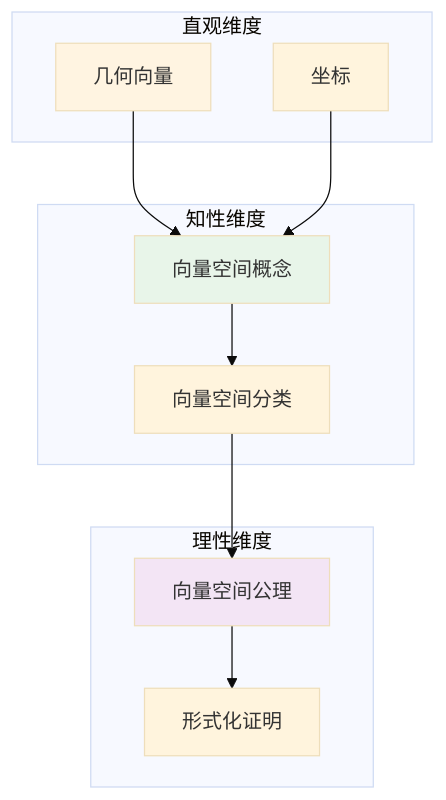
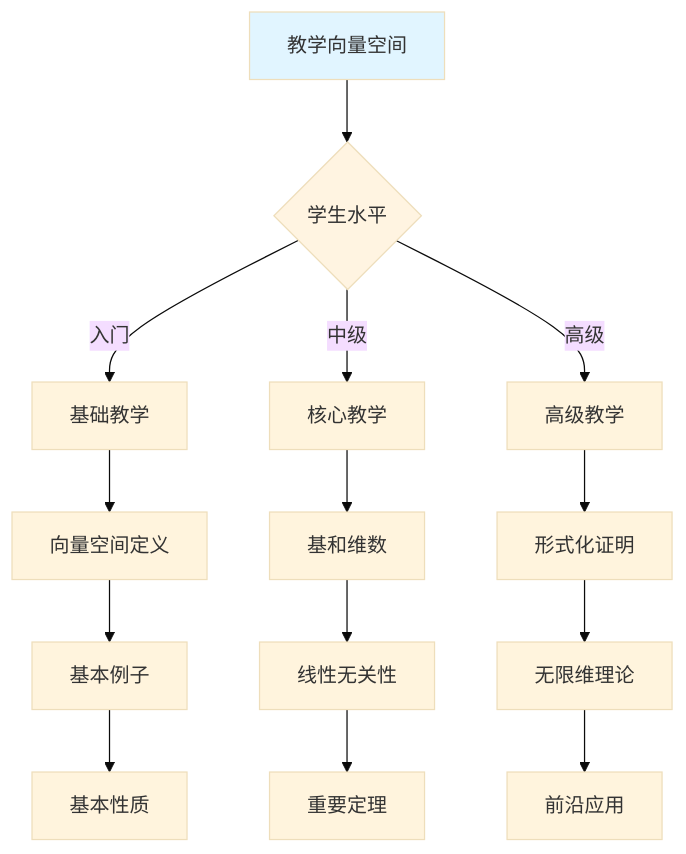
Before and after one commit to AdaMartin18010/FormalMath: the tenth of 10 diagrams in concept/核心概念/11-向量空间.md, drawn with Mermaid (base theme). The commit also changed other lines of this file and 4793 other files, not shown here.

````diff
--- a/concept/核心概念/11-向量空间.md
+++ b/concept/核心概念/11-向量空间.md
@@ -749,27 +2523,22 @@
 ```mermaid
-graph TB
-    subgraph 直观维度
-        A1[几何向量]
-        A2[坐标]
-    end
+graph TD
+    A[教学向量空间] --> B{学生水平}
+    B -->|入门| C[基础教学]
+    B -->|中级| D[核心教学]
+    B -->|高级| E[高级教学]
 
-    subgraph 知性维度
-        B1[向量空间概念]
-        B2[向量空间分类]
-    end
+    C --> C1[向量空间定义]
+    C1 --> C2[基本例子]
+    C2 --> C3[基本性质]
 
-    subgraph 理性维度
-        C1[向量空间公理]
-        C2[形式化证明]
-    end
+    D --> D1[基和维数]
+    D1 --> D2[线性无关性]
+    D2 --> D3[重要定理]
 
-    A1 --> B1
-    A2 --> B1
-    B1 --> B2
-    B2 --> C1
-    C1 --> C2
+    E --> E1[形式化证明]
+    E1 --> E2[无限维理论]
+    E2 --> E3[前沿应用]
 
-    style A1 fill:#fff4e1
-    style B1 fill:#e8f5e9
-    style C1 fill:#f3e5f5
+    style A fill:#e1f5ff
+    style B fill:#fff4e1
 ```
````
